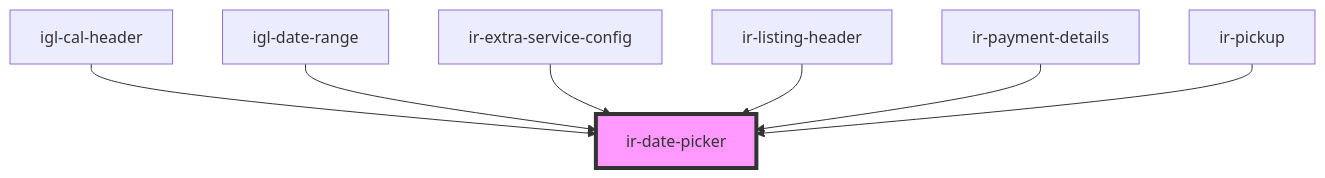
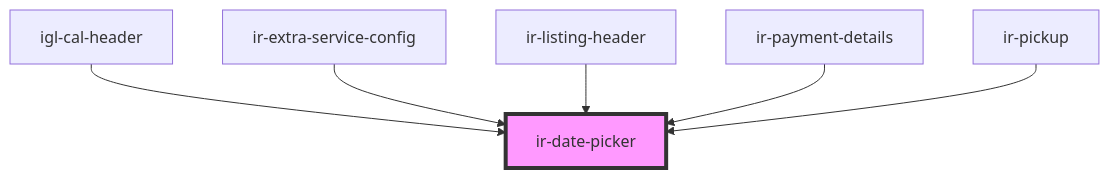
The diagram in src/components/ui/ir-date-picker/readme.md (David1Chowaifaty/modified-ir-webcmp), drawn with Mermaid before and after one commit. The commit also changed other lines of this file and 41 other files, not shown here.

````diff
--- a/src/components/ui/ir-date-picker/readme.md
+++ b/src/components/ui/ir-date-picker/readme.md
@@ -72,10 +71,9 @@
 ```mermaid
 graph TD;
   igl-cal-header --> ir-date-picker
-  igl-date-range --> ir-date-picker
   ir-extra-service-config --> ir-date-picker
   ir-listing-header --> ir-date-picker
   ir-payment-details --> ir-date-picker
   ir-pickup --> ir-date-picker
   style ir-date-picker fill:#f9f,stroke:#333,stroke-width:4px
 ```
````
